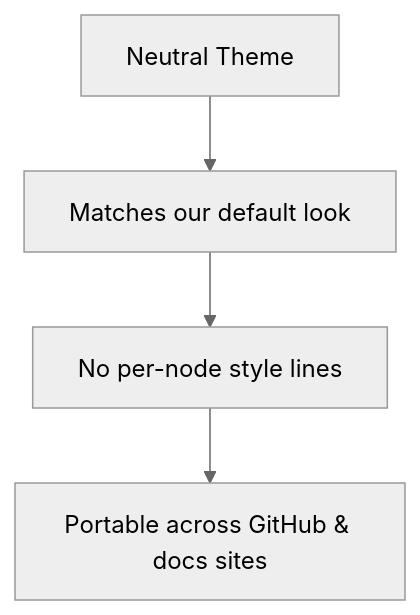
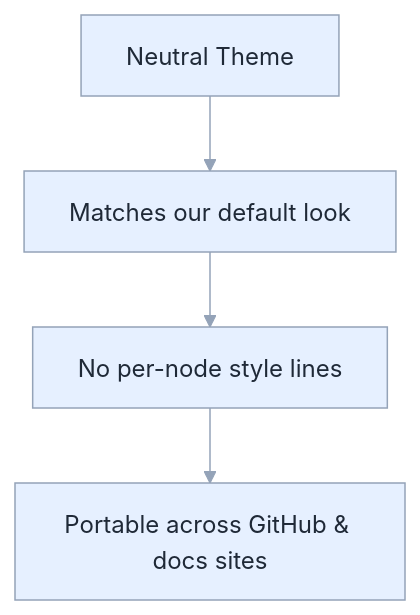
The first of 2 diagrams in docs/mermaid-theme-sample.md (srnichols/StampsPattern), drawn with Mermaid before and after one commit. The commit also changed 14 other files, not shown here.

Commit message:
docs(mermaid): standardize base theme with light-blue palette; add template and VS Code snippet

````diff
--- a/docs/mermaid-theme-sample.md
+++ b/docs/mermaid-theme-sample.md
@@ -10,7 +10,7 @@
 ```mermaid
-%%{init: {"theme":"neutral","themeVariables":{"background":"transparent"}} }%%
+%%{init: {"theme":"base","themeVariables":{"background":"transparent","primaryColor":"#E6F0FF","primaryTextColor":"#1F2937","primaryBorderColor":"#94A3B8","lineColor":"#94A3B8","secondaryColor":"#F3F4F6","tertiaryColor":"#DBEAFE","clusterBkg":"#F8FAFC","clusterBorder":"#CBD5E1","edgeLabelBackground":"#F8FAFC","fontFamily":"Segoe UI, Roboto, Helvetica, Arial, sans-serif"}} }%%
 graph TD
   A[Neutral Theme] --> B[Matches our default look]
   B --> C[No per-node style lines]
   C --> D[Portable across GitHub & docs sites]
 ```
````
